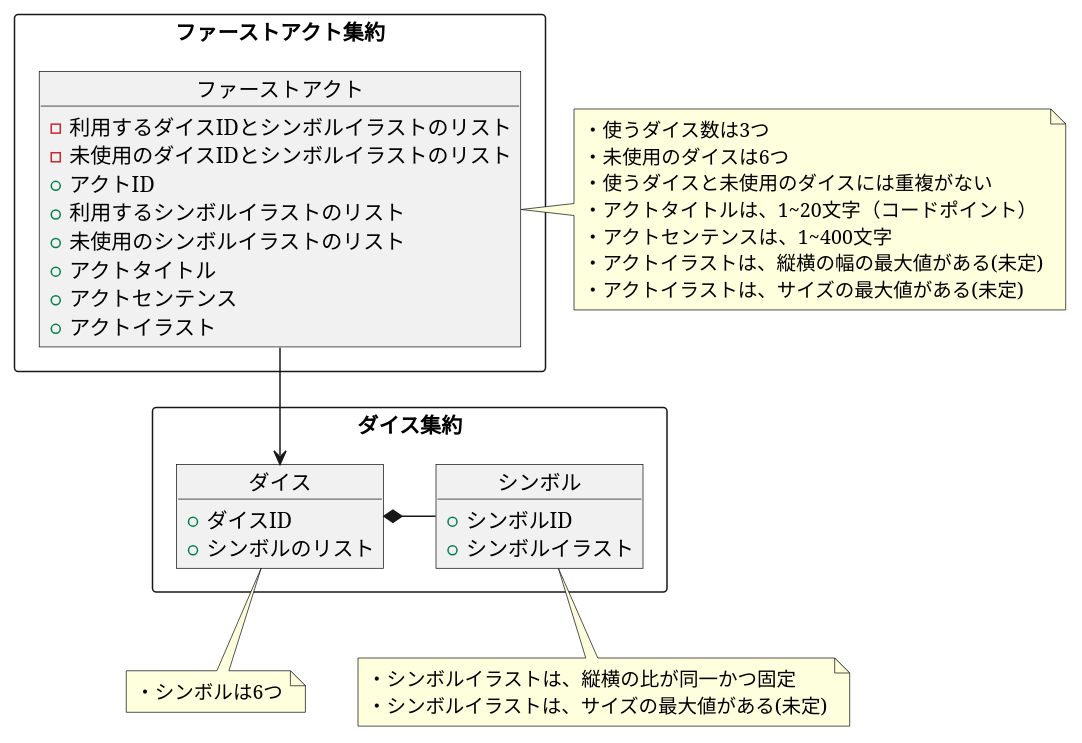
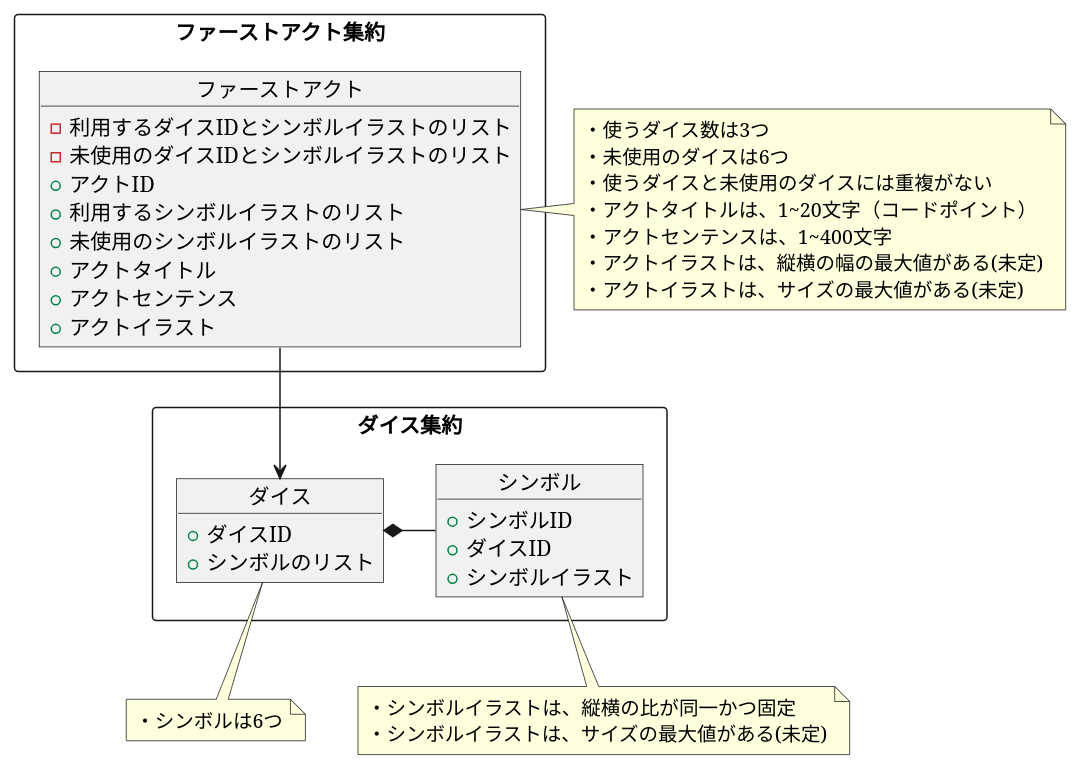
The diagram in documents/domainModel/FirstAct.pu (kazurego7/StoryCubesWeb), drawn with PlantUML before and after one commit.

Commit message:
fix/firstActのドメインモデル図

```diff
--- a/documents/domainModel/FirstAct.pu
+++ b/documents/domainModel/FirstAct.pu
@@ -1,54 +1,55 @@
 @startuml FirstAct
 
 rectangle ファーストアクト集約 {
     object ファーストアクト
 }
 
 object ファーストアクト {
     - 利用するダイスIDとシンボルイラストのリスト
     - 未使用のダイスIDとシンボルイラストのリスト
     + アクトID
     + 利用するシンボルイラストのリスト
     + 未使用のシンボルイラストのリスト
     + アクトタイトル
     + アクトセンテンス
     + アクトイラスト
 }
 
 note right of ファーストアクト
 ・使うダイス数は3つ
 ・未使用のダイスは6つ
 ・使うダイスと未使用のダイスには重複がない
 ・アクトタイトルは、1~20文字（コードポイント）
 ・アクトセンテンスは、1~400文字
 ・アクトイラストは、縦横の幅の最大値がある(未定)
 ・アクトイラストは、サイズの最大値がある(未定)
 end note
 
 rectangle ダイス集約 {
     object ダイス
     object シンボル
     ファーストアクト --> ダイス
     シンボル -left-* ダイス
 }
 
 object ダイス {
     + ダイスID
     + シンボルのリスト
 }
 
 note bottom of ダイス 
 ・シンボルは6つ
 end note
 
 object シンボル {
     + シンボルID
+    + ダイスID
     + シンボルイラスト
 }
 
 note bottom of シンボル
 ・シンボルイラストは、縦横の比が同一かつ固定
 ・シンボルイラストは、サイズの最大値がある(未定)
 end note
 
 @enduml
```
